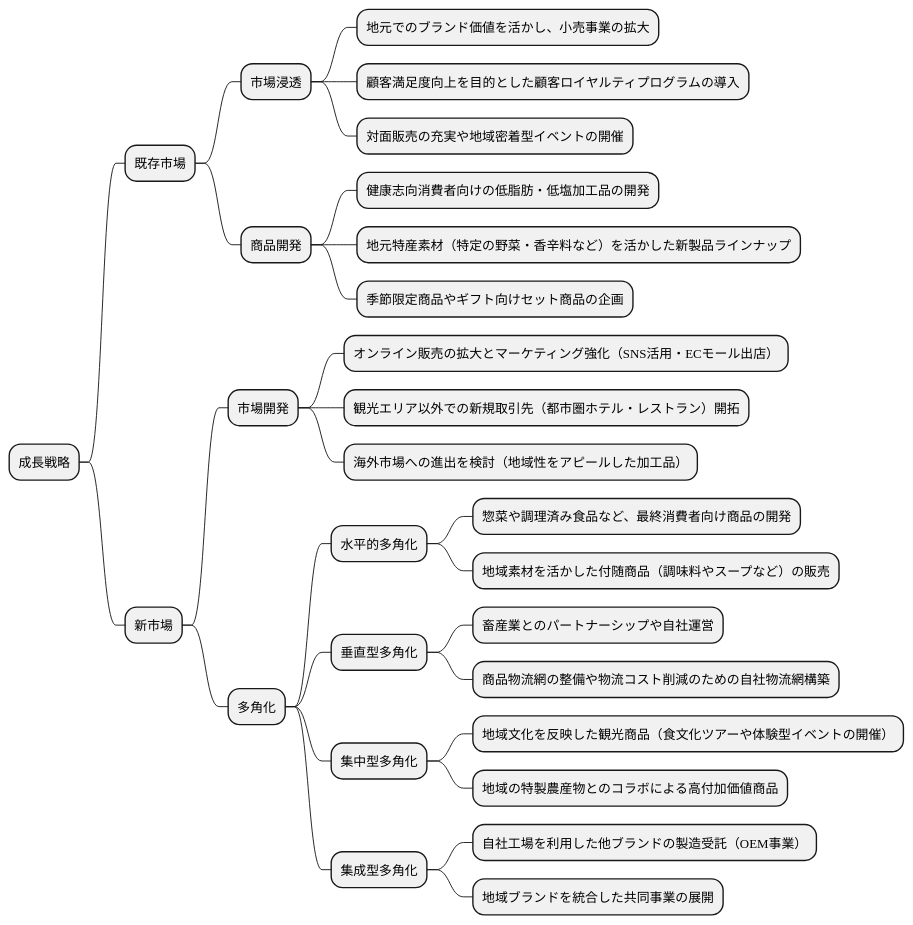
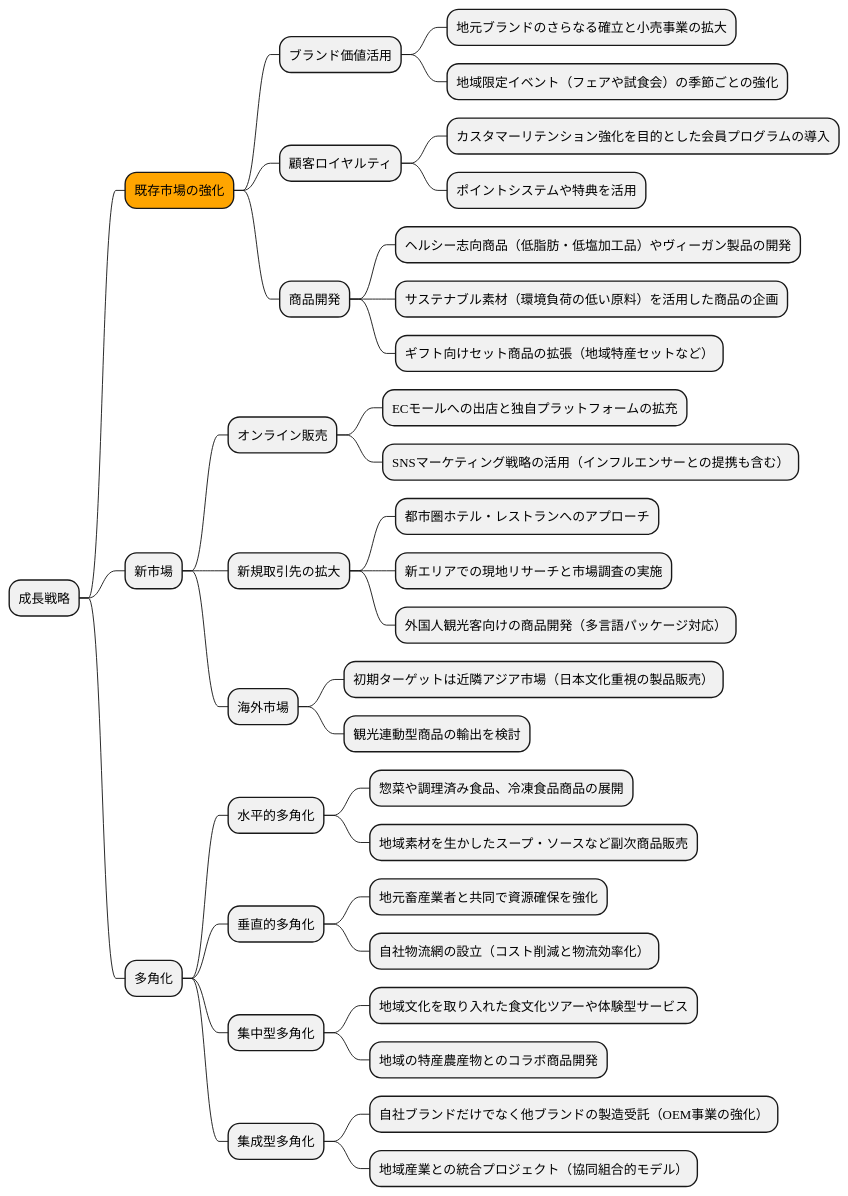
The sixth of 19 diagrams in docs/case/r04_case_2.adoc (k2works/case-study-business-analysis), drawn with PlantUML before and after one commit. The commit also changed other lines of this file, not shown here.

```diff
--- a/docs/case/r04_case_2.adoc
+++ b/docs/case/r04_case_2.adoc
@@ -242,35 +265,45 @@
 [plantuml]
 ----
 @startmindmap
 
 * 成長戦略
-** 既存市場
-*** 市場浸透
-**** 地元でのブランド価値を活かし、小売事業の拡大
-**** 顧客満足度向上を目的とした顧客ロイヤルティプログラムの導入
-**** 対面販売の充実や地域密着型イベントの開催
+**[#orange] 既存市場の強化
+*** ブランド価値活用
+**** 地元ブランドのさらなる確立と小売事業の拡大
+**** 地域限定イベント（フェアや試食会）の季節ごとの強化
+*** 顧客ロイヤルティ
+**** カスタマーリテンション強化を目的とした会員プログラムの導入
+**** ポイントシステムや特典を活用
 *** 商品開発
-**** 健康志向消費者向けの低脂肪・低塩加工品の開発
-**** 地元特産素材（特定の野菜・香辛料など）を活かした新製品ラインナップ
-**** 季節限定商品やギフト向けセット商品の企画
+**** ヘルシー志向商品（低脂肪・低塩加工品）やヴィーガン製品の開発
+**** サステナブル素材（環境負荷の低い原料）を活用した商品の企画
+**** ギフト向けセット商品の拡張（地域特産セットなど）
+
 ** 新市場
-*** 市場開発
-**** オンライン販売の拡大とマーケティング強化（SNS活用・ECモール出店）
-**** 観光エリア以外での新規取引先（都市圏ホテル・レストラン）開拓
-**** 海外市場への進出を検討（地域性をアピールした加工品）
-*** 多角化
-**** 水平的多角化
-***** 惣菜や調理済み食品など、最終消費者向け商品の開発
-***** 地域素材を活かした付随商品（調味料やスープなど）の販売
-**** 垂直型多角化
-***** 畜産業とのパートナーシップや自社運営
-***** 商品物流網の整備や物流コスト削減のための自社物流網構築
-**** 集中型多角化
-***** 地域文化を反映した観光商品（食文化ツアーや体験型イベントの開催）
-***** 地域の特製農産物とのコラボによる高付加価値商品
-**** 集成型多角化
-***** 自社工場を利用した他ブランドの製造受託（OEM事業）
-***** 地域ブランドを統合した共同事業の展開
+*** オンライン販売
+**** ECモールへの出店と独自プラットフォームの拡充
+**** SNSマーケティング戦略の活用（インフルエンサーとの提携も含む）
+*** 新規取引先の拡大
+**** 都市圏ホテル・レストランへのアプローチ
+**** 新エリアでの現地リサーチと市場調査の実施
+**** 外国人観光客向けの商品開発（多言語パッケージ対応）
+*** 海外市場
+**** 初期ターゲットは近隣アジア市場（日本文化重視の製品販売）
+**** 観光連動型商品の輸出を検討
+
+** 多角化
+*** 水平的多角化
+**** 惣菜や調理済み食品、冷凍食品商品の展開
+**** 地域素材を生かしたスープ・ソースなど副次商品販売
+*** 垂直的多角化
+**** 地元畜産業者と共同で資源確保を強化
+**** 自社物流網の設立（コスト削減と物流効率化）
+*** 集中型多角化
+**** 地域文化を取り入れた食文化ツアーや体験型サービス
+**** 地域の特産農産物とのコラボ商品開発
+*** 集成型多角化
+**** 自社ブランドだけでなく他ブランドの製造受託（OEM事業の強化）
+**** 地域産業との統合プロジェクト（協同組合的モデル）
 
 @endmindmap
 ----
```
